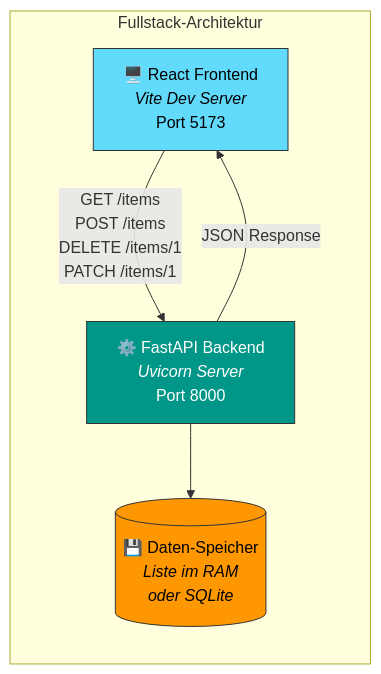
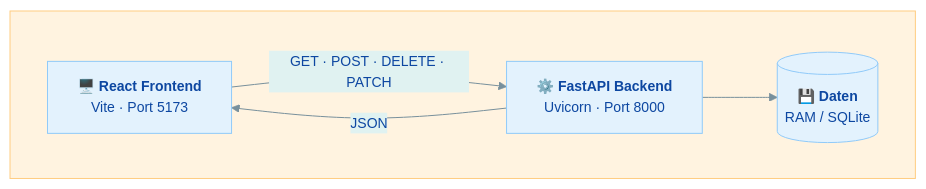
The first of 5 diagrams in docs/modul-3/woche-6/wochenprojekt-fullstack-react-fastapi.md (JacobMenge/kurs-25-06), drawn with Mermaid before and after one commit. The commit also changed other lines of this file and 6 other files, not shown here.

````diff
--- a/docs/modul-3/woche-6/wochenprojekt-fullstack-react-fastapi.md
+++ b/docs/modul-3/woche-6/wochenprojekt-fullstack-react-fastapi.md
@@ -90,12 +90,14 @@
 ```mermaid
+%%{init: {'theme': 'base', 'themeVariables': {'primaryColor': '#e3f2fd', 'primaryTextColor': '#0d47a1', 'primaryBorderColor': '#90caf9', 'secondaryColor': '#e0f2f1', 'secondaryTextColor': '#004d40', 'secondaryBorderColor': '#80cbc4', 'tertiaryColor': '#fff3e0', 'tertiaryTextColor': '#e65100', 'tertiaryBorderColor': '#ffcc80', 'lineColor': '#78909c', 'fontSize': '14px'}}}%%
 graph LR
-    subgraph Fullstack-Architektur
-        A["🖥️ React Frontend<br/><i>Vite Dev Server</i><br/>Port 5173"] -- "GET /items<br/>POST /items<br/>DELETE /items/1<br/>PATCH /items/1" --> B["⚙️ FastAPI Backend<br/><i>Uvicorn Server</i><br/>Port 8000"]
-        B -- "JSON Response" --> A
-        B --> C[("💾 Daten-Speicher<br/><i>Liste im RAM<br/>oder SQLite</i>")]
+    subgraph arch [" "]
+        direction LR
+        A["🖥️ <b>React Frontend</b><br/>Vite · Port 5173"]
+        B["⚙️ <b>FastAPI Backend</b><br/>Uvicorn · Port 8000"]
+        C[("💾 <b>Daten</b><br/>RAM / SQLite")]
+
+        A -- "GET · POST · DELETE · PATCH" --> B
+        B -- "JSON" --> A
+        B --> C
     end
-
-    style A fill:#61dafb,stroke:#333,color:#000
-    style B fill:#009688,stroke:#333,color:#fff
-    style C fill:#ff9800,stroke:#333,color:#000
 ```
````
